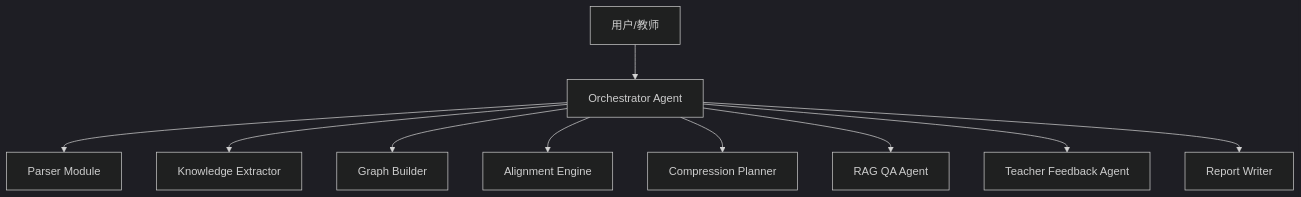
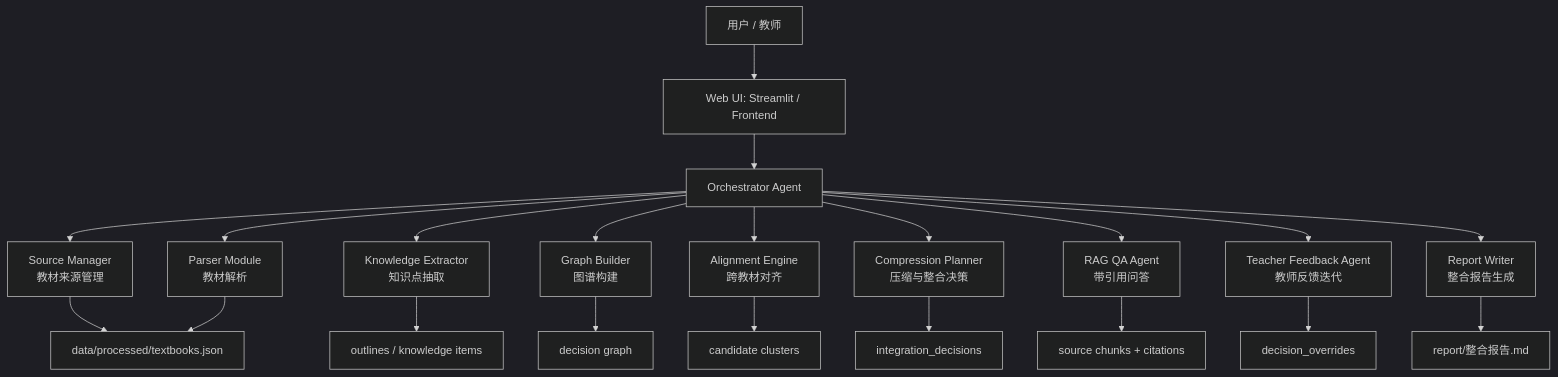
Before and after one commit to FangChengDong-zju/hacson_knowledge_agent_middle: the diagram in docs/Agent架构说明.md, drawn with Mermaid (dark theme). The commit also changed other lines of this file, not shown here.

Commit message:
Strengthen Agent architecture documentation

````diff
--- a/docs/Agent架构说明.md
+++ b/docs/Agent架构说明.md
@@ -7,12 +30,25 @@
 ```mermaid
 flowchart TD
-  U["用户/教师"] --> O["Orchestrator Agent"]
-  O --> P["Parser Module"]
-  O --> K["Knowledge Extractor"]
-  O --> G["Graph Builder"]
-  O --> A["Alignment Engine"]
-  O --> C["Compression Planner"]
-  O --> R["RAG QA Agent"]
-  O --> F["Teacher Feedback Agent"]
-  O --> W["Report Writer"]
+  U["用户 / 教师"] --> UI["Web UI: Streamlit / Frontend"]
+  UI --> O["Orchestrator Agent"]
+
+  O --> S["Source Manager<br/>教材来源管理"]
+  O --> P["Parser Module<br/>教材解析"]
+  O --> E["Knowledge Extractor<br/>知识点抽取"]
+  O --> G["Graph Builder<br/>图谱构建"]
+  O --> A["Alignment Engine<br/>跨教材对齐"]
+  O --> C["Compression Planner<br/>压缩与整合决策"]
+  O --> Q["RAG QA Agent<br/>带引用问答"]
+  O --> F["Teacher Feedback Agent<br/>教师反馈迭代"]
+  O --> R["Report Writer<br/>整合报告生成"]
+
+  S --> D1["data/processed/textbooks.json"]
+  P --> D1
+  E --> D2["outlines / knowledge items"]
+  G --> D3["decision graph"]
+  A --> D4["candidate clusters"]
+  C --> D5["integration_decisions"]
+  Q --> D6["source chunks + citations"]
+  F --> D7["decision_overrides"]
+  R --> D8["report/整合报告.md"]
 ```
````
